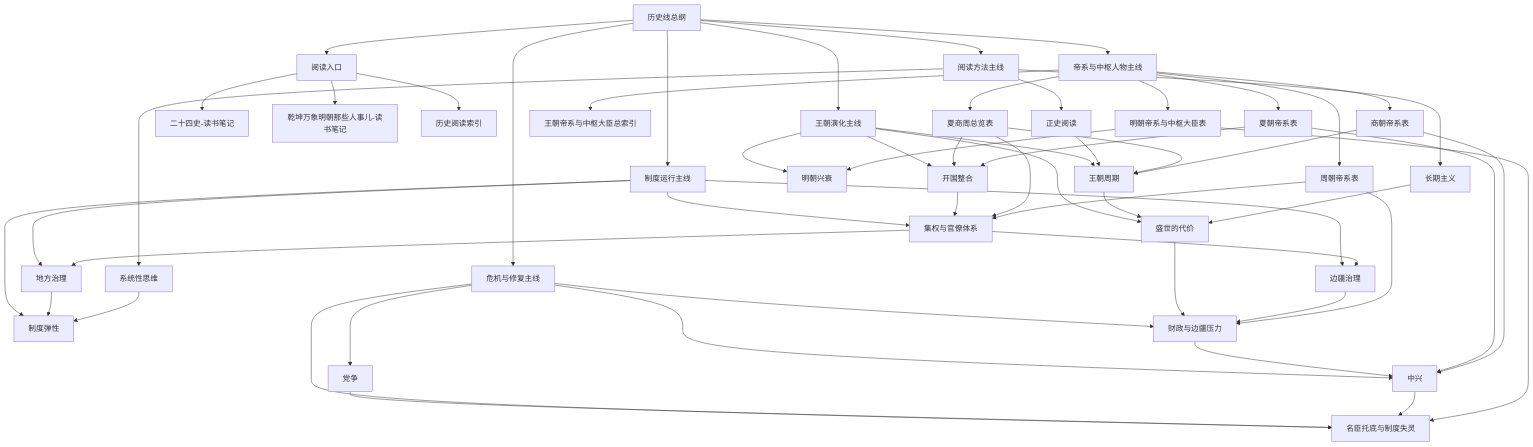
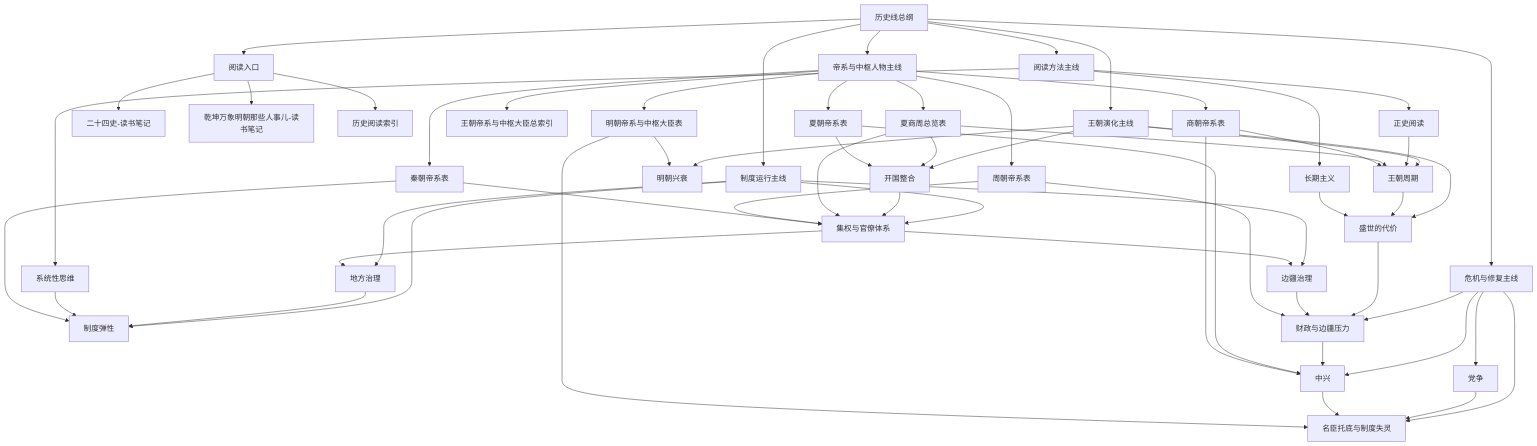
One commit to zhuguang-ZFG/reading changed the diagram in 历史线总纲.md. Above: the diagram before and after it, drawn with Mermaid. The commit also changed other lines of this file and 4 other files, not shown here.

````diff
--- a/历史线总纲.md
+++ b/历史线总纲.md
@@ -23,66 +23,69 @@
 ```mermaid
 flowchart TD
     A[历史线总纲]
 
     A --> B[阅读入口]
     A --> C[王朝演化主线]
     A --> D[制度运行主线]
     A --> E[危机与修复主线]
     A --> F[阅读方法主线]
     A --> G[帝系与中枢人物主线]
 
     B --> B1[二十四史-读书笔记]
     B --> B2[乾坤万象明朝那些人事儿-读书笔记]
     B --> B3[历史阅读索引]
 
     C --> C1[开国整合]
     C --> C2[王朝周期]
     C --> C3[盛世的代价]
     C --> C4[明朝兴衰]
 
     D --> D1[集权与官僚体系]
     D --> D2[地方治理]
     D --> D3[边疆治理]
     D --> D4[制度弹性]
 
     E --> E1[财政与边疆压力]
     E --> E2[党争]
     E --> E3[中兴]
     E --> E4[名臣托底与制度失灵]
 
     F --> F1[正史阅读]
     F --> F2[系统性思维]
     F --> F3[长期主义]
 
     G --> G1[王朝帝系与中枢大臣总索引]
     G --> G2[夏商周总览表]
     G --> G3[夏朝帝系表]
     G --> G4[商朝帝系表]
     G --> G5[周朝帝系表]
-    G --> G6[明朝帝系与中枢大臣表]
+    G --> G6[秦朝帝系表]
+    G --> G7[明朝帝系与中枢大臣表]
 
     C1 --> D1
     C2 --> C3
     C3 --> E1
     D1 --> D2
     D1 --> D3
     D2 --> D4
     D3 --> E1
     E1 --> E3
     E2 --> E4
     E3 --> E4
     F1 --> C2
     F2 --> D4
     F3 --> C3
     G2 --> C1
     G2 --> C2
     G2 --> D1
     G3 --> C1
     G3 --> E3
     G4 --> C2
     G4 --> E3
     G5 --> D1
     G5 --> E1
-    G6 --> C4
-    G6 --> E4
+    G6 --> D1
+    G6 --> D4
+    G7 --> C4
+    G7 --> E4
 ```
````
